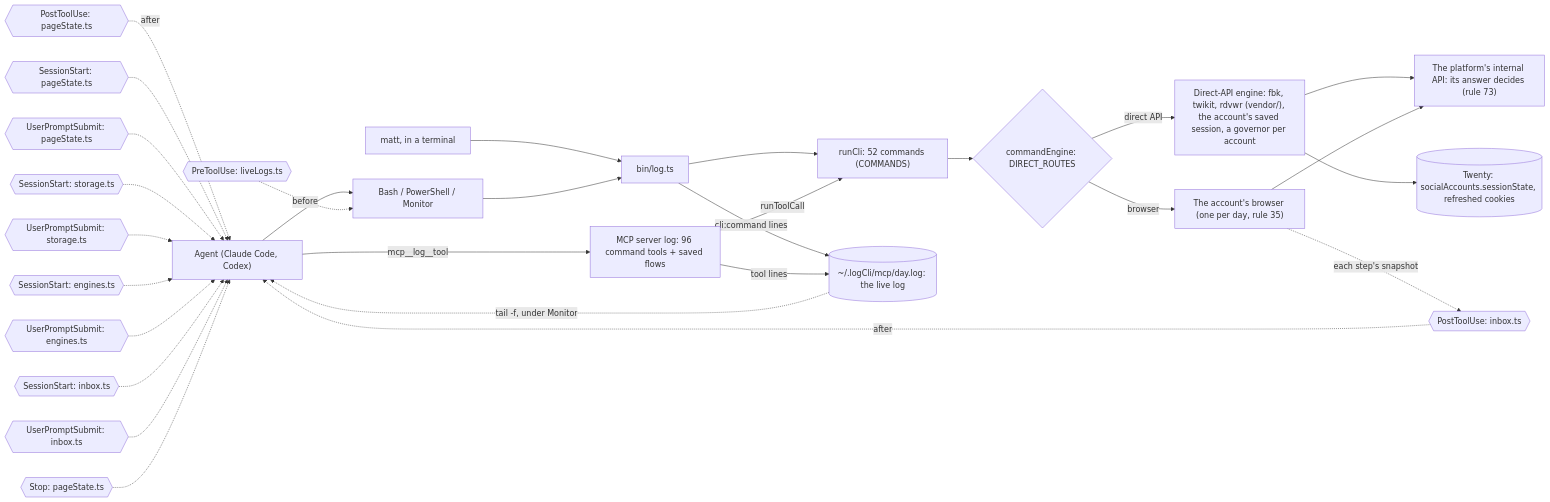
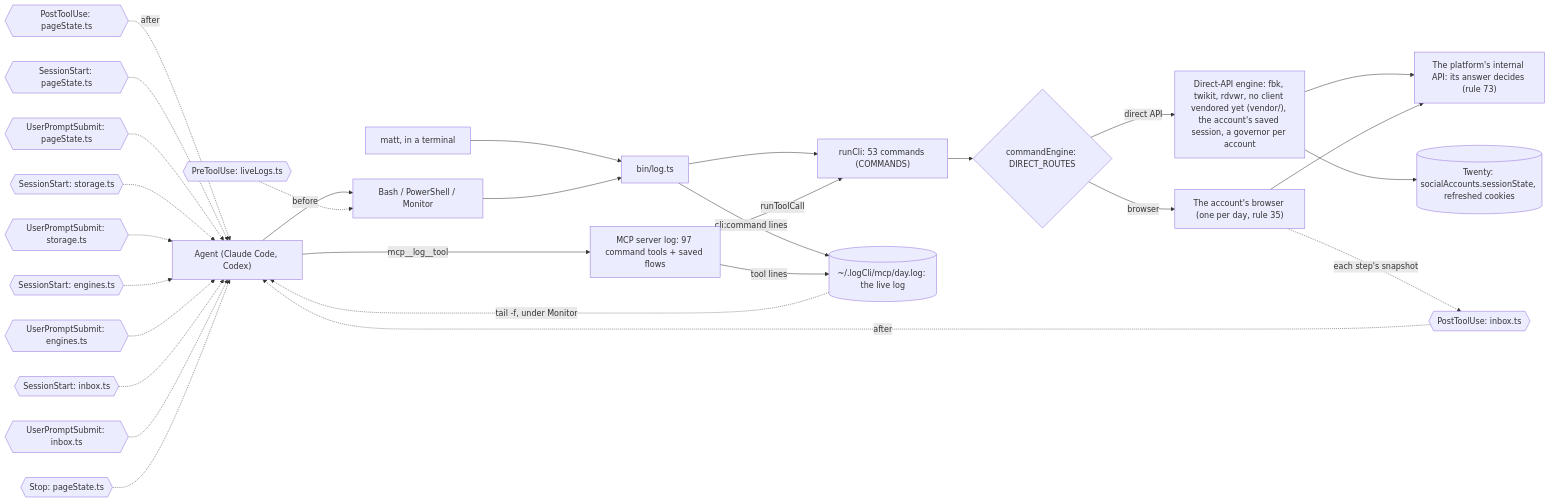
One commit to matthewdonsemail-lab/log changed the diagram in docs/diagrams/surface.mmd. Above: the diagram before and after it, drawn with Mermaid. The commit also changed 28 other files, not shown here.

```diff
--- a/docs/diagrams/surface.mmd
+++ b/docs/diagrams/surface.mmd
@@ -1,43 +1,43 @@
 %% How a call reaches log-cli. From a shell or over MCP, both run the same commands through `runCli`, write the same live log, and pass through the same hooks. `commandEngine` sends each command to the platform's direct API or to the account's browser.
 %% Written by `bun run docs:build` from the code (rule 56). Not edited by hand.
 flowchart LR
   agent["Agent (Claude Code, Codex)"]
   matt["matt, in a terminal"]
   shell["Bash / PowerShell / Monitor"]
-  mcp["MCP server log: 96 command tools + saved flows"]
+  mcp["MCP server log: 97 command tools + saved flows"]
   bin["bin/log.ts"]
-  runCli["runCli: 52 commands (COMMANDS)"]
+  runCli["runCli: 53 commands (COMMANDS)"]
   live[("~/.logCli/mcp/day.log: the live log")]
   engine{"commandEngine: DIRECT_ROUTES"}
-  direct["Direct-API engine: fbk, twikit, rdvwr (vendor/), the account's saved session, a governor per account"]
+  direct["Direct-API engine: fbk, twikit, rdvwr, no client vendored yet (vendor/), the account's saved session, a governor per account"]
   browser["The account's browser (one per day, rule 35)"]
   api["The platform's internal API: its answer decides (rule 73)"]
   twenty[("Twenty: socialAccounts.sessionState, refreshed cookies")]
   agent --> shell
   matt --> bin
   shell --> bin
   agent -->|mcp__log__tool| mcp
   bin --> runCli
   mcp -->|runToolCall| runCli
   runCli --> engine
   engine -->|direct API| direct
   engine -->|browser| browser
   direct --> api
   browser --> api
   direct --> twenty
   bin -->|cli:command lines| live
   mcp -->|tool lines| live
   live -.->|tail -f, under Monitor| agent
   pre0{{"PreToolUse: liveLogs.ts"}} -.->|before| shell
   post0{{"PostToolUse: inbox.ts"}} -.->|after| agent
   post1{{"PostToolUse: pageState.ts"}} -.->|after| agent
   turn0{{"SessionStart: pageState.ts"}} -.-> agent
   turn1{{"UserPromptSubmit: pageState.ts"}} -.-> agent
   turn2{{"SessionStart: storage.ts"}} -.-> agent
   turn3{{"UserPromptSubmit: storage.ts"}} -.-> agent
   turn4{{"SessionStart: engines.ts"}} -.-> agent
   turn5{{"UserPromptSubmit: engines.ts"}} -.-> agent
   turn6{{"SessionStart: inbox.ts"}} -.-> agent
   turn7{{"UserPromptSubmit: inbox.ts"}} -.-> agent
   turn8{{"Stop: pageState.ts"}} -.-> agent
   browser -.->|each step's snapshot| post0
```
